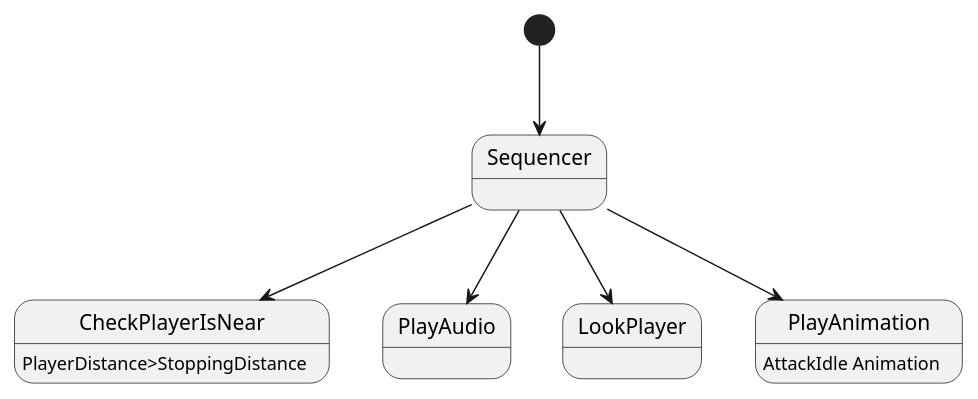
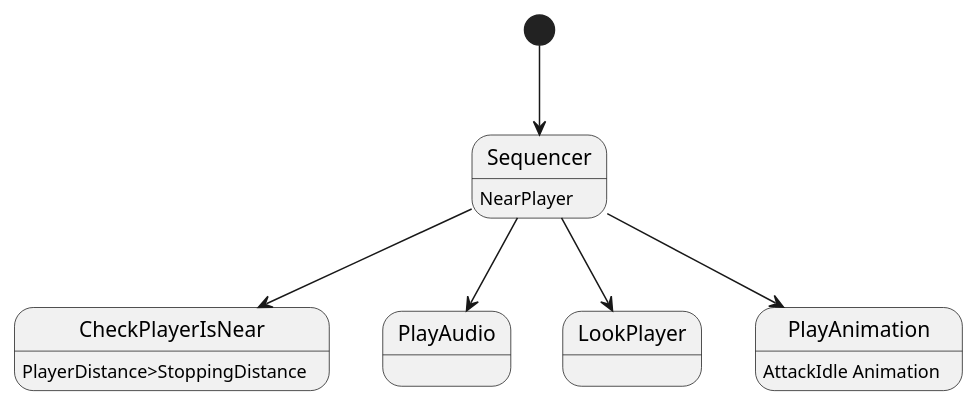
One commit to onedeo/Portfolio changed the diagram in 04. Portfolio/개발문서/BehaviourTree/Movement/NearPlayer.puml. Above: the diagram before and after it, drawn with PlantUML. The commit also changed 4 other files, not shown here.

```diff
--- a/04. Portfolio/개발문서/BehaviourTree/Movement/NearPlayer.puml
+++ b/04. Portfolio/개발문서/BehaviourTree/Movement/NearPlayer.puml
@@ -1,11 +1,12 @@
 @startuml
 
 [*]-->Sequencer
 Sequencer-->CheckPlayerIsNear
+Sequencer : NearPlayer
 CheckPlayerIsNear : PlayerDistance>StoppingDistance
 Sequencer-->PlayAudio
 Sequencer-->LookPlayer
 Sequencer-->PlayAnimation
 PlayAnimation : AttackIdle Animation
 
 @enduml
```
